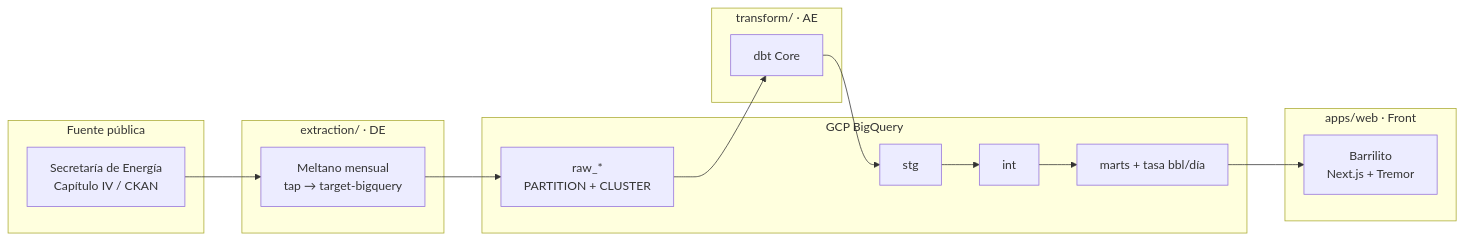
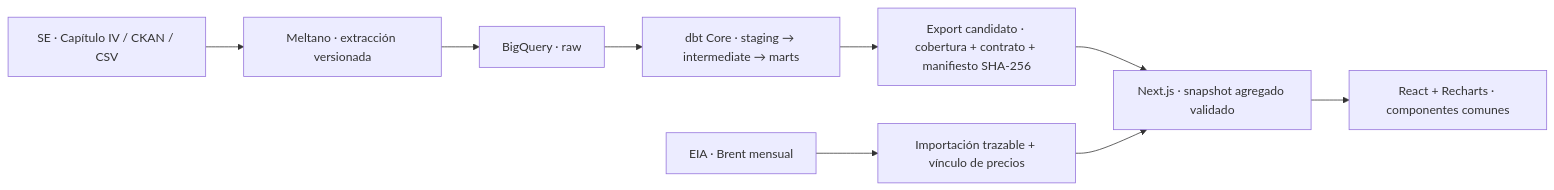
The diagram in README.md (nrohland/vaca-muerta-en-datos), drawn with Mermaid before and after one commit. The commit also changed other lines of this file and 21 other files, not shown here.

Commit message:
docs: present Vaca Muerta en Datos architecture and operating limits

````diff
--- a/README.md
+++ b/README.md
@@ -61,25 +38,11 @@
 ```mermaid
 flowchart LR
-  subgraph Fuente["Fuente pública"]
-    SE["Secretaría de Energía<br/>Capítulo IV / CKAN"]
-  end
-  subgraph DE["extraction/ · DE"]
-    M["Meltano mensual<br/>tap → target-bigquery"]
-  end
-  subgraph BQ["GCP BigQuery"]
-    RAW["raw_*<br/>PARTITION + CLUSTER"]
-    STG["stg"]
-    INT["int"]
-    MART["marts + tasa bbl/día"]
-  end
-  subgraph AE["transform/ · AE"]
-    DBT["dbt Core"]
-  end
-  subgraph Front["apps/web · Front"]
-    WEB["Barrilito<br/>Next.js + Tremor"]
-  end
-  SE --> M --> RAW
-  RAW --> DBT
-  DBT --> STG --> INT --> MART
-  MART --> WEB
+  SE["SE · Capítulo IV / CKAN / CSV"] --> EL["Meltano · extracción versionada"]
+  EL --> RAW["BigQuery · raw"]
+  RAW --> DBT["dbt Core · staging → intermediate → marts"]
+  DBT --> REL["Export candidato · cobertura + contrato + manifiesto SHA-256"]
+  EIA["EIA · Brent mensual"] --> PRICE["Importación trazable + vínculo de precios"]
+  REL --> WEB["Next.js · snapshot agregado validado"]
+  PRICE --> WEB
+  WEB --> UI["React + Recharts · componentes comunes"]
 ```
````
